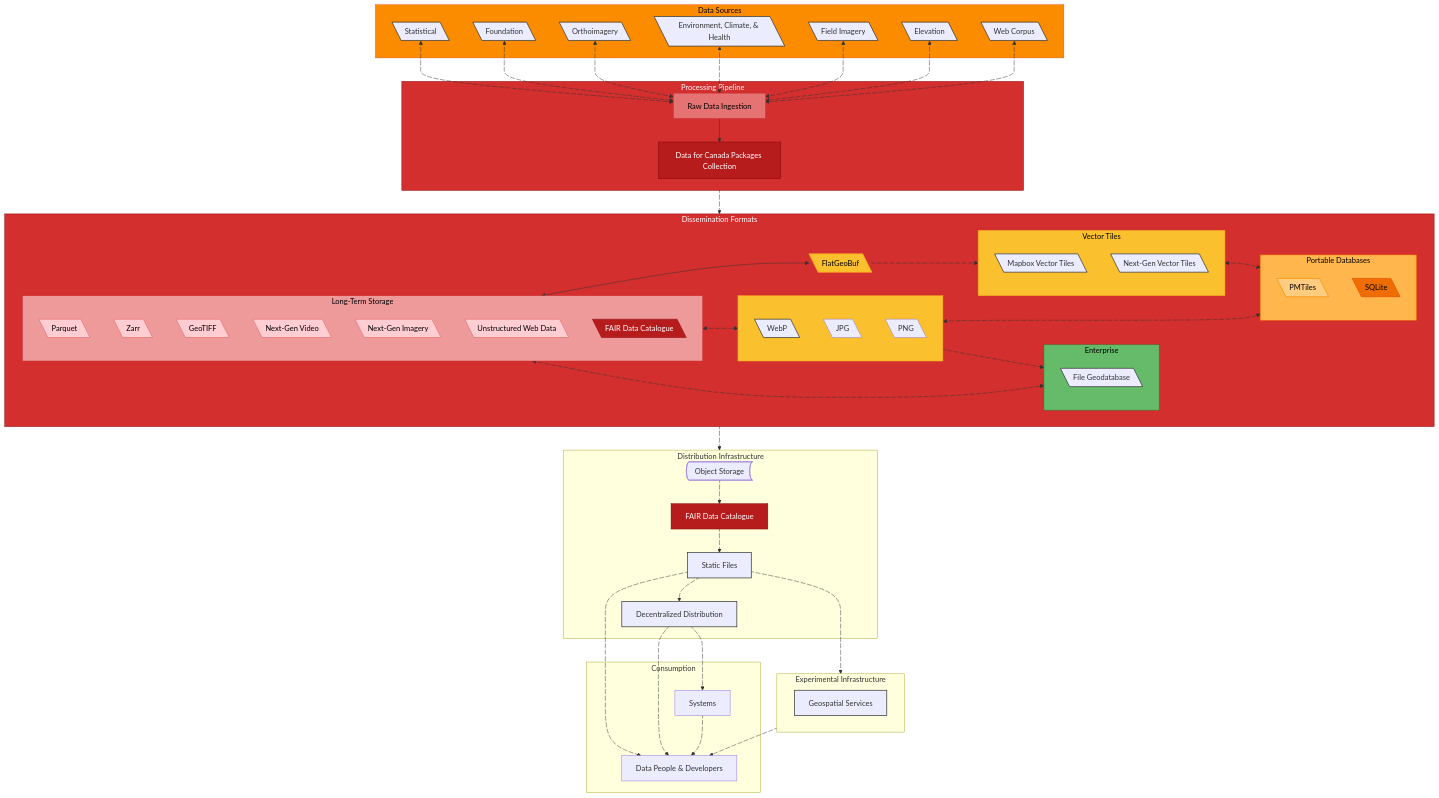
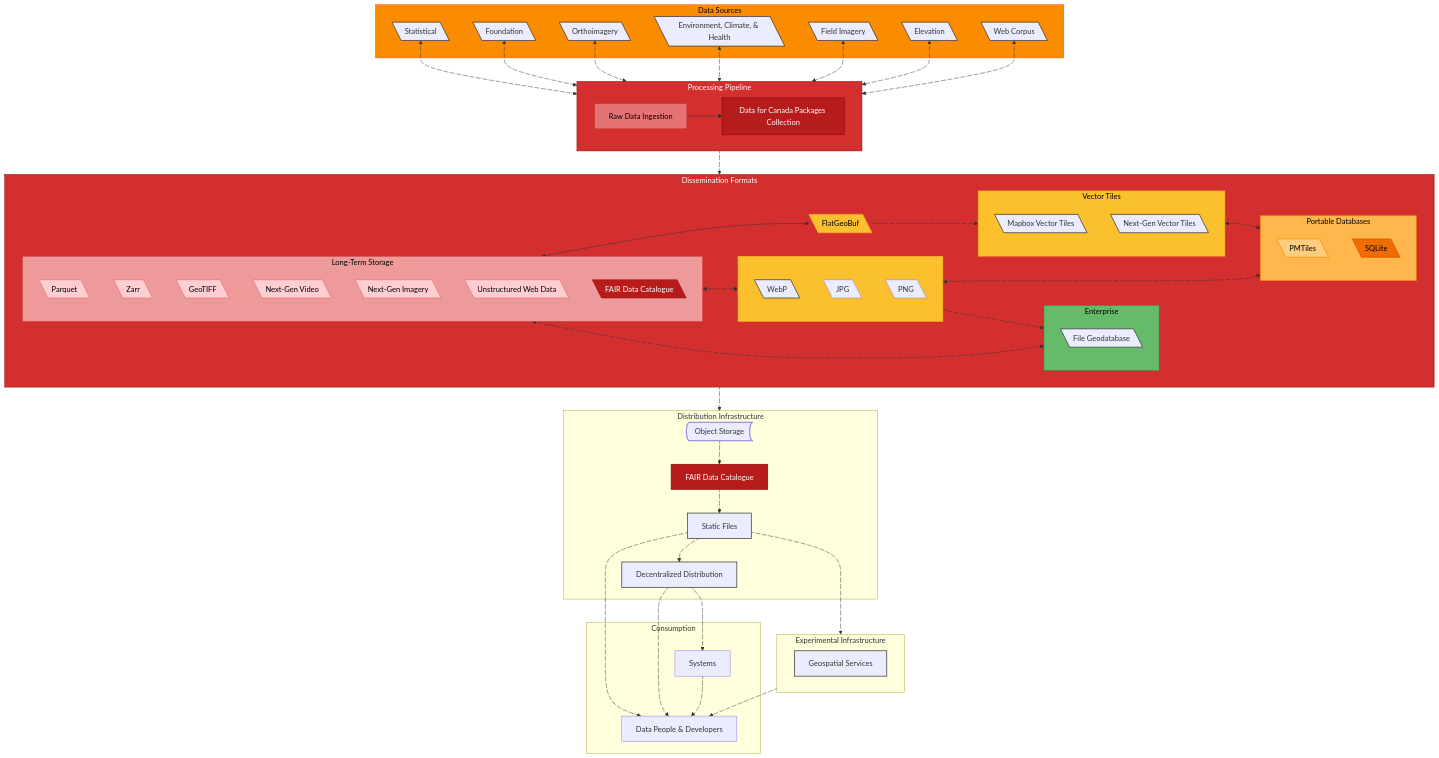
One commit to dataforcanada/www.dataforcanada.org changed the diagram in content/_index.md. Above: the diagram before and after it, drawn with Mermaid.

Commit message:
Simplify diagram

```diff
--- a/content/_index.md
+++ b/content/_index.md
@@ -165,19 +165,19 @@
     %% =========================================================
 
     %% Data Sources <--> Data for Canada Packages Collection (Box)
-    Statistical a1@<--> Raw
+    Statistical a1@<--> pp
     a1@{animate: true, animation: slow}
-    Foundation a2@<--> Raw
+    Foundation a2@<--> pp
     a2@{animate: true, animation: slow}
-    Orthoimagery a3@<--> Raw
+    Orthoimagery a3@<--> pp
     a3@{animate: true, animation: slow}
-    EnvironmentClimate a5@<--> Raw
+    EnvironmentClimate a5@<--> pp
     a5@{animate: true, animation: fast}
-    FieldImagery a4@<--> Raw
+    FieldImagery a4@<--> pp
     a4@{animate:true, animation: fast}
-    Elevation a6@<--> Raw
+    Elevation a6@<--> pp
     a6@{animate: true, animation: slow}
-    WebCorpus a7@<--> Raw
+    WebCorpus a7@<--> pp
     a7@{animate: true, animation: fast}
 
     pp a10@--> df
```
